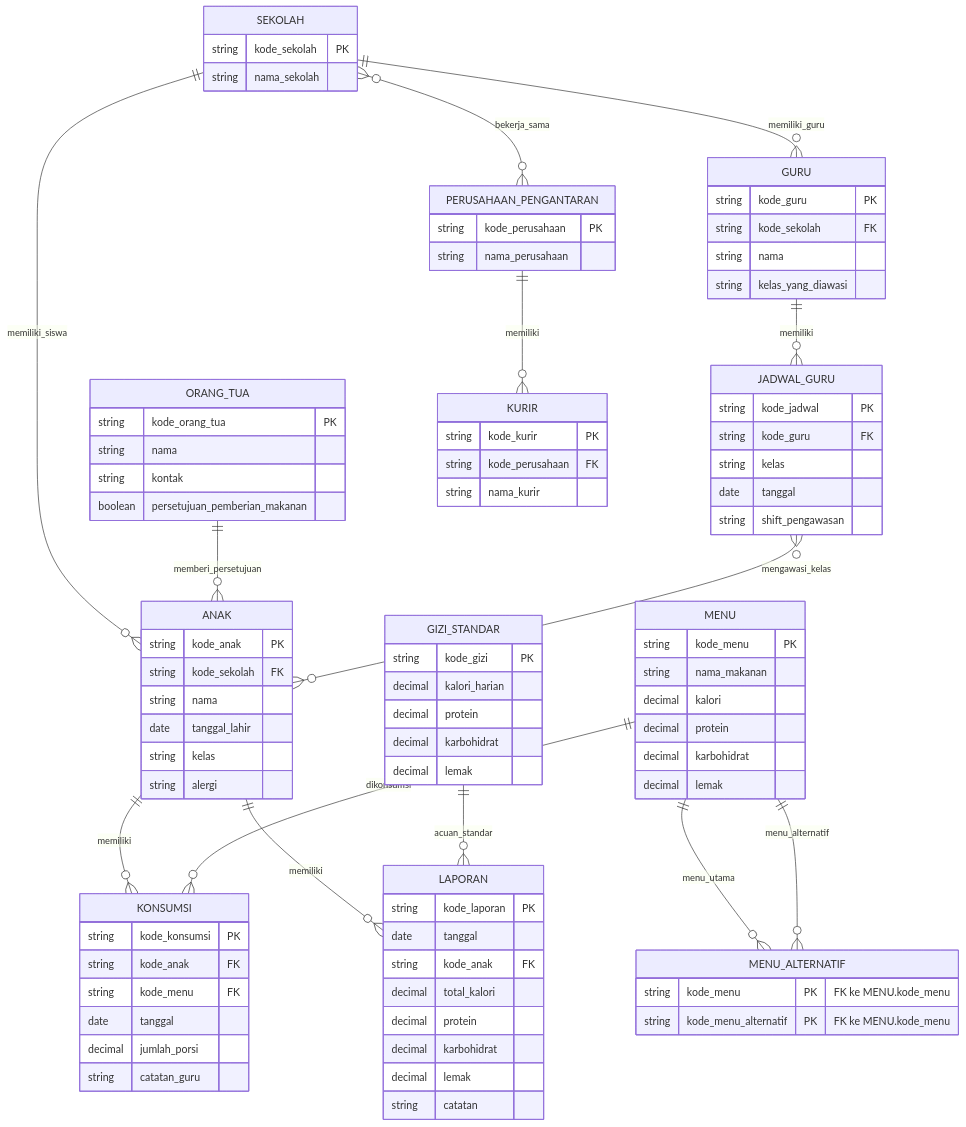
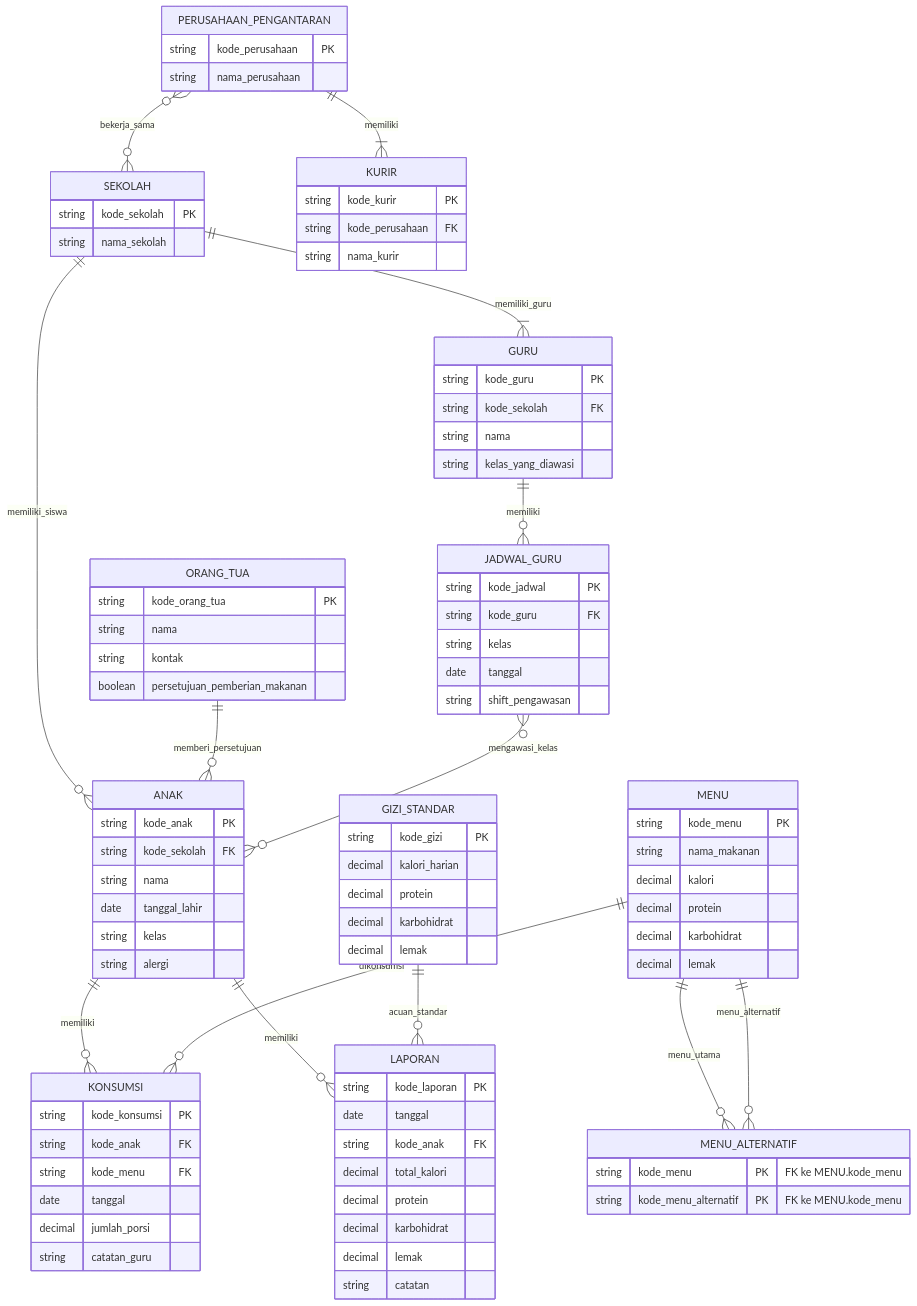
Before and after one commit to h3rwthme/Basidata-UAS: the diagram in README.md, drawn with Mermaid.

````diff
--- a/README.md
+++ b/README.md
@@ -259,7 +259,7 @@
 ```mermaid
 erDiagram
+    SEKOLAH ||--|{ GURU : memiliki_guru
     SEKOLAH ||--o{ ANAK : memiliki_siswa
-    SEKOLAH ||--o{ GURU : memiliki_guru
     ORANG_TUA ||--o{ ANAK : memberi_persetujuan
     ANAK ||--o{ KONSUMSI : memiliki
     MENU ||--o{ KONSUMSI : dikonsumsi
@@ -269,8 +269,8 @@
     GIZI_STANDAR ||--o{ LAPORAN : acuan_standar
     MENU ||--o{ MENU_ALTERNATIF : menu_utama
     MENU ||--o{ MENU_ALTERNATIF : menu_alternatif
-    SEKOLAH }o--o{ PERUSAHAAN_PENGANTARAN : bekerja_sama
-    PERUSAHAAN_PENGANTARAN ||--o{ KURIR : memiliki
+    PERUSAHAAN_PENGANTARAN }o--o{ SEKOLAH : bekerja_sama
+    PERUSAHAAN_PENGANTARAN ||--|{ KURIR : memiliki
 
     SEKOLAH {
         string kode_sekolah PK
````
